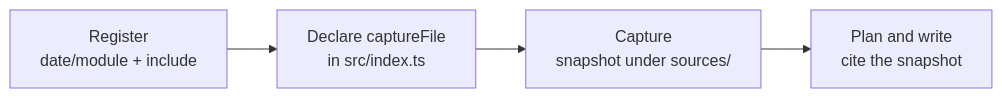
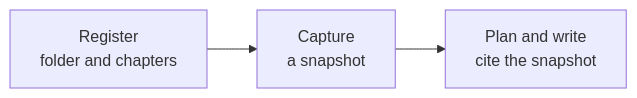
One commit to context4ai/portal changed the diagram in knowledge/sop/registering-sources/document-directories.md. Above: the diagram before and after it, drawn with Mermaid. The commit also changed other lines of this file and 129 other files, not shown here.

````diff
--- a/knowledge/sop/registering-sources/document-directories.md
+++ b/knowledge/sop/registering-sources/document-directories.md
@@ -13,6 +14,5 @@
 ```mermaid
 flowchart LR
-  reg["Register<br/>date/module + include"] --> decl["Declare captureFile<br/>in src/index.ts"]
-  decl --> cap["Capture<br/>snapshot under sources/"]
+  reg["Register<br/>folder and chapters"] --> cap["Capture<br/>a snapshot"]
   cap --> write["Plan and write<br/>cite the snapshot"]
 ```
````
